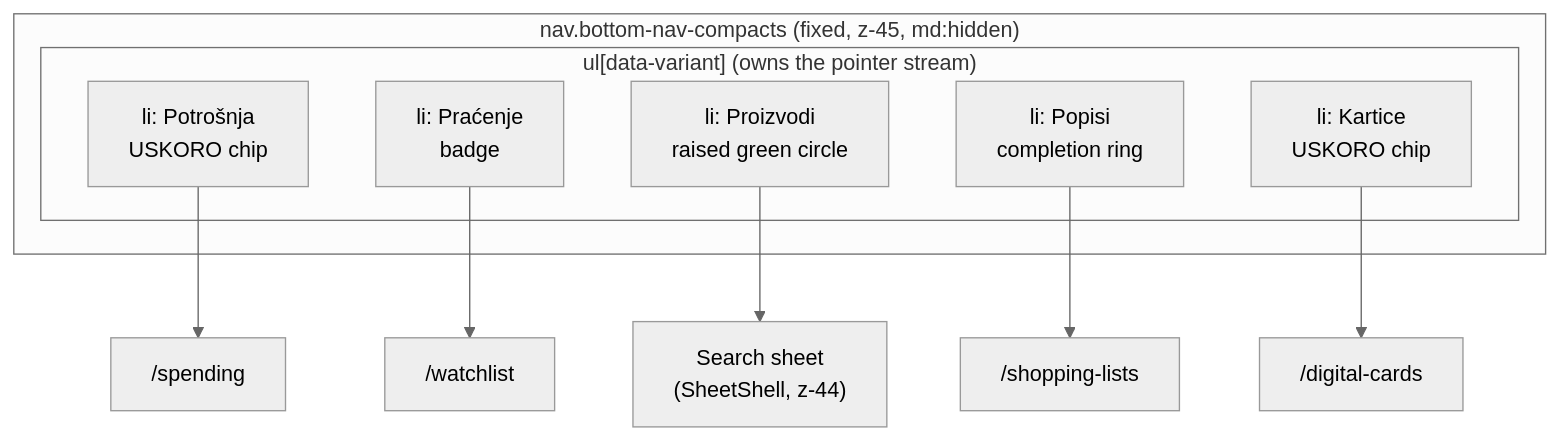
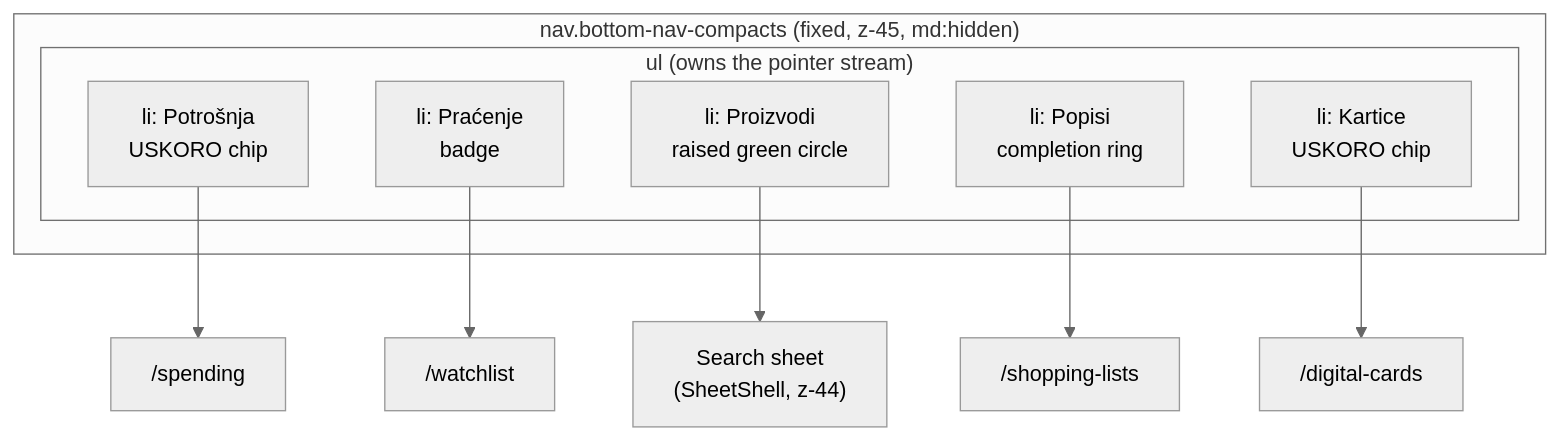
The first of 4 diagrams in docs/MOBILE-NAV.md (OffCrazyFreak/Disscount), drawn with Mermaid (neutral theme) before and after one commit. The commit also changed other lines of this file, not shown here.

````diff
--- a/docs/MOBILE-NAV.md
+++ b/docs/MOBILE-NAV.md
@@ -70,18 +69,18 @@
 ```mermaid
 flowchart TB
     subgraph nav["nav.bottom-nav-compacts (fixed, z-45, md:hidden)"]
-        subgraph ul["ul[data-variant] (owns the pointer stream)"]
+        subgraph ul["ul (owns the pointer stream)"]
             c1["li: Potrošnja<br/>USKORO chip"]
             c2["li: Praćenje<br/>badge"]
             c3["li: Proizvodi<br/>raised green circle"]
             c4["li: Popisi<br/>completion ring"]
             c5["li: Kartice<br/>USKORO chip"]
         end
     end
 
     c1 --> spending["/spending"]
     c2 --> watchlist["/watchlist"]
     c3 --> sheet["Search sheet<br/>(SheetShell, z-44)"]
     c4 --> lists["/shopping-lists"]
     c5 --> cards["/digital-cards"]
 ```
````
